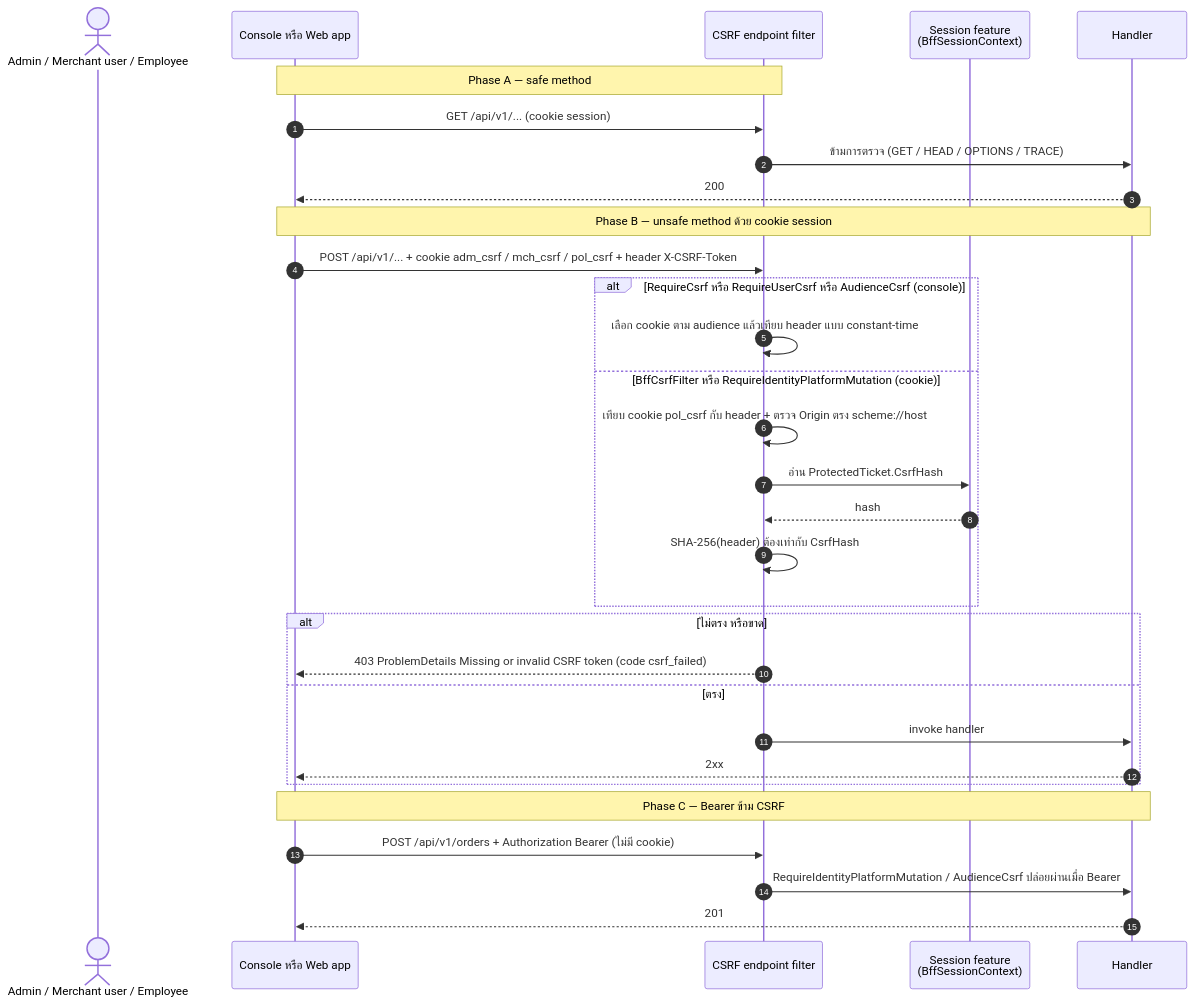
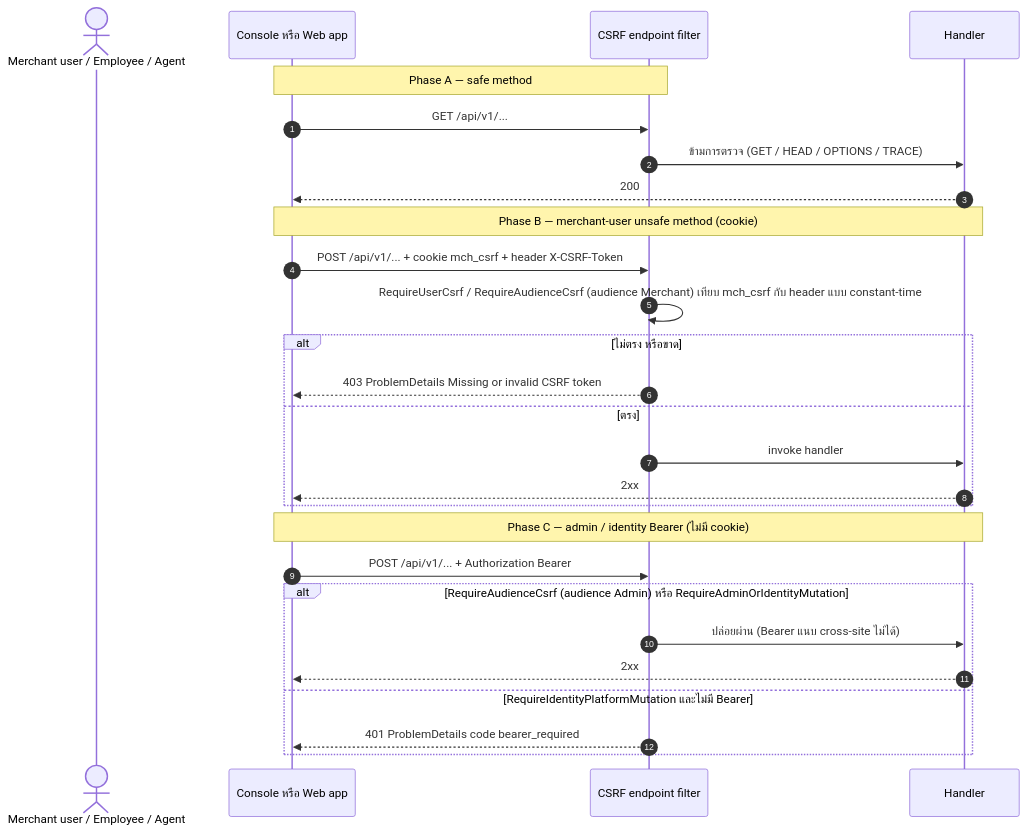
The third of 9 diagrams in outputs/diagrams/2026-09-14_api-endpoints_v1/00-cross-cutting.sequences.md (metrodiesign/pol-core), drawn with Mermaid before and after one commit. The commit also changed other lines of this file and 42 other files, not shown here.

First line of the commit message:
docs: align reference docs and the API diagram set with the Bearer-only admin plane

````diff
--- a/outputs/diagrams/2026-09-14_api-endpoints_v1/00-cross-cutting.sequences.md
+++ b/outputs/diagrams/2026-09-14_api-endpoints_v1/00-cross-cutting.sequences.md
@@ -153,34 +144,30 @@
 ```mermaid
 sequenceDiagram
     autonumber
-    actor U as Admin / Merchant user / Employee
+    actor U as Merchant user / Employee / Agent
     participant SPA as Console หรือ Web app
     participant F as CSRF endpoint filter
-    participant S as Session feature<br/>(BffSessionContext)
     participant H as Handler
 
     Note over SPA,F: Phase A — safe method
-    SPA->>F: GET /api/v1/... (cookie session)
+    SPA->>F: GET /api/v1/...
     F->>H: ข้ามการตรวจ (GET / HEAD / OPTIONS / TRACE)
     H-->>SPA: 200
-    Note over SPA,H: Phase B — unsafe method ด้วย cookie session
-    SPA->>F: POST /api/v1/... + cookie adm_csrf / mch_csrf / pol_csrf + header X-CSRF-Token
-    alt RequireCsrf หรือ RequireUserCsrf หรือ AudienceCsrf (console)
-        F->>F: เลือก cookie ตาม audience แล้วเทียบ header แบบ constant-time
-    else BffCsrfFilter หรือ RequireIdentityPlatformMutation (cookie)
-        F->>F: เทียบ cookie pol_csrf กับ header + ตรวจ Origin ตรง scheme://host
-        F->>S: อ่าน ProtectedTicket.CsrfHash
-        S-->>F: hash
-        F->>F: SHA-256(header) ต้องเท่ากับ CsrfHash
-    end
+    Note over SPA,H: Phase B — merchant-user unsafe method (cookie)
+    SPA->>F: POST /api/v1/... + cookie mch_csrf + header X-CSRF-Token
+    F->>F: RequireUserCsrf / RequireAudienceCsrf (audience Merchant) เทียบ mch_csrf กับ header แบบ constant-time
     alt ไม่ตรง หรือขาด
-        F-->>SPA: 403 ProblemDetails Missing or invalid CSRF token (code csrf_failed)
+        F-->>SPA: 403 ProblemDetails Missing or invalid CSRF token
     else ตรง
         F->>H: invoke handler
         H-->>SPA: 2xx
     end
-    Note over SPA,H: Phase C — Bearer ข้าม CSRF
-    SPA->>F: POST /api/v1/orders + Authorization Bearer (ไม่มี cookie)
-    F->>H: RequireIdentityPlatformMutation / AudienceCsrf ปล่อยผ่านเมื่อ Bearer
-    H-->>SPA: 201
+    Note over SPA,H: Phase C — admin / identity Bearer (ไม่มี cookie)
+    SPA->>F: POST /api/v1/... + Authorization Bearer
+    alt RequireAudienceCsrf (audience Admin) หรือ RequireAdminOrIdentityMutation
+        F->>H: ปล่อยผ่าน (Bearer แนบ cross-site ไม่ได้)
+        H-->>SPA: 2xx
+    else RequireIdentityPlatformMutation และไม่มี Bearer
+        F-->>SPA: 401 ProblemDetails code bearer_required
+    end
 ```
````
